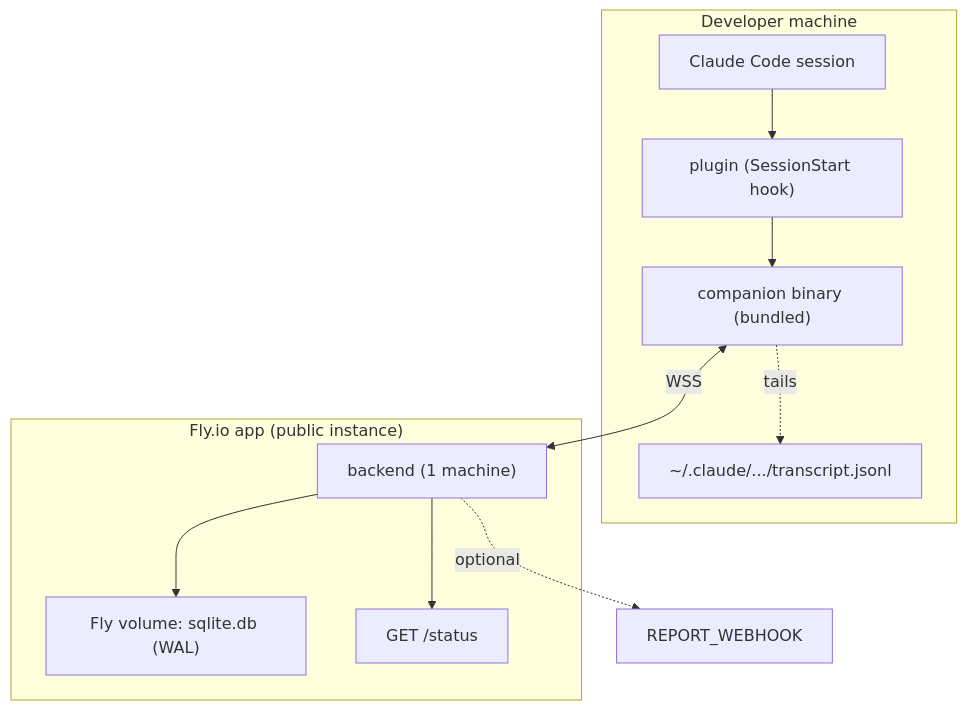
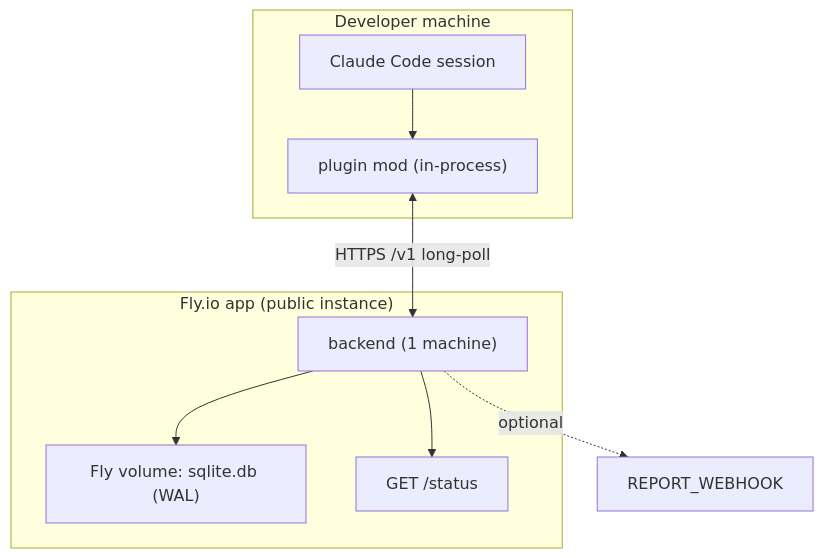
The third of 4 diagrams in _bmad-output/planning-artifacts/architecture/architecture-claudingtin-2026-09-01/ARCHITECTURE-SPINE.md (diegovillafuerte1/claudingtin), drawn with Mermaid before and after one commit. The commit also changed other lines of this file and 22 other files, not shown here.

````diff
--- a/_bmad-output/planning-artifacts/architecture/architecture-claudingtin-2026-09-01/ARCHITECTURE-SPINE.md
+++ b/_bmad-output/planning-artifacts/architecture/architecture-claudingtin-2026-09-01/ARCHITECTURE-SPINE.md
@@ -273,14 +311,12 @@
 ```mermaid
 graph TB
   subgraph dev["Developer machine"]
-    cc["Claude Code session"] --> pl["plugin (SessionStart hook)"]
-    pl --> co["companion binary (bundled)"]
-    co -.tails.-> tr["~/.claude/.../transcript.jsonl"]
+    cc["Claude Code session"] --> mod["plugin mod (in-process)"]
   end
   subgraph fly["Fly.io app (public instance)"]
     be["backend (1 machine)"] --> vol["Fly volume: sqlite.db (WAL)"]
     be --> stt["GET /status"]
   end
-  co <-->|"WSS"| be
+  mod <-->|"HTTPS /v1 long-poll"| be
   be -.optional.-> wh["REPORT_WEBHOOK"]
 ```
````
